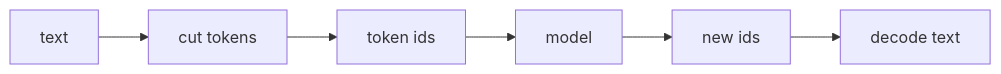
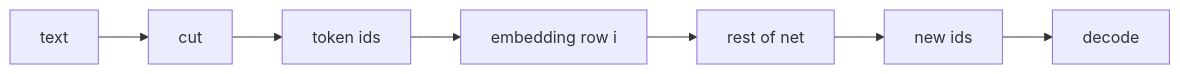
The diagram in web/src/content/beginner/en/tokenizer.md (chaxus/arche), drawn with Mermaid before and after one commit. The commit also changed other lines of this file and 9 other files, not shown here.

````diff
--- a/web/src/content/beginner/en/tokenizer.md
+++ b/web/src/content/beginner/en/tokenizer.md
@@ -12,8 +14,9 @@
 ```mermaid
 flowchart LR
-  text[text] --> cut[cut tokens]
+  text[text] --> cut[cut]
   cut --> ids[token ids]
-  ids --> model[model]
-  model --> ids2[new ids]
-  ids2 --> back[decode text]
+  ids --> emb[embedding row i]
+  emb --> stack[rest of net]
+  stack --> ids2[new ids]
+  ids2 --> back[decode]
 ```
````
